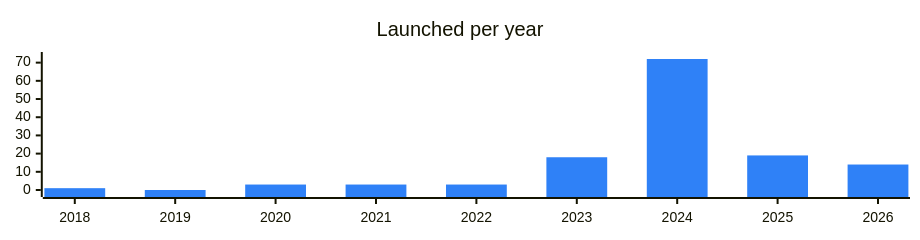
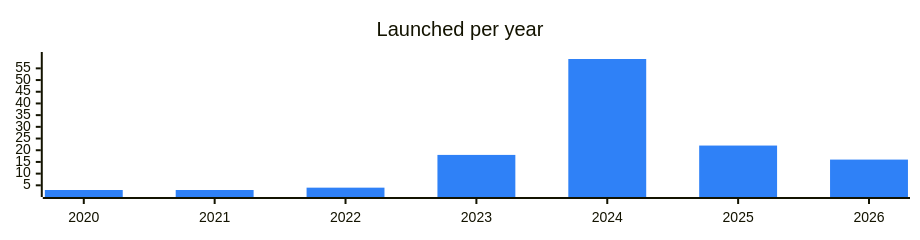
Before and after one commit to vitalikgpt/gram-ecosystem: the diagram in categories/social.md, drawn with Mermaid. The commit also changed other lines of this file and 69 other files, not shown here.

````diff
--- a/categories/social.md
+++ b/categories/social.md
@@ -7,7 +7,7 @@
 ```mermaid
 %%{init: {"xyChart": {"width": 900, "height": 220}, "themeVariables": {"xyChart": {"plotColorPalette": "#2f81f7"}}}}%%
 xychart-beta
   title "Launched per year"
-  x-axis ["2018", "2019", "2020", "2021", "2022", "2023", "2024", "2025", "2026"]
-  bar [1, 0, 3, 3, 3, 18, 72, 19, 14]
+  x-axis ["2020", "2021", "2022", "2023", "2024", "2025", "2026"]
+  bar [3, 3, 4, 18, 59, 22, 16]
 ```
````
